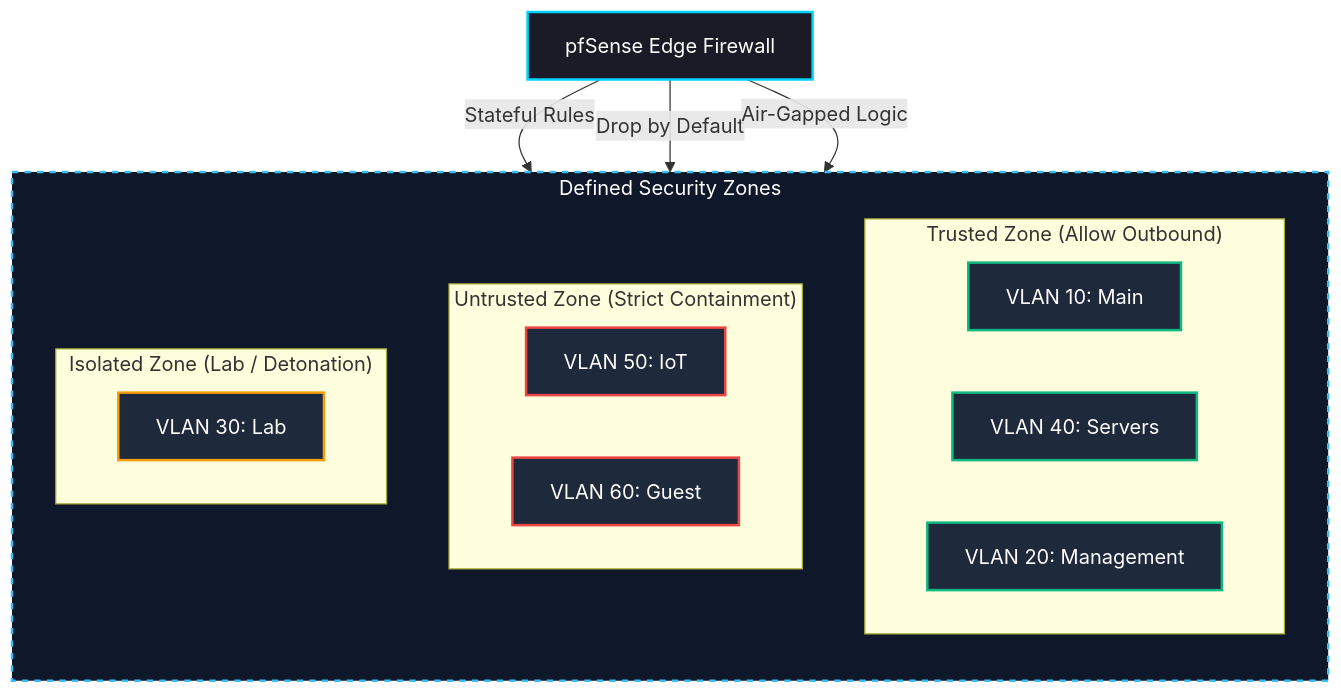
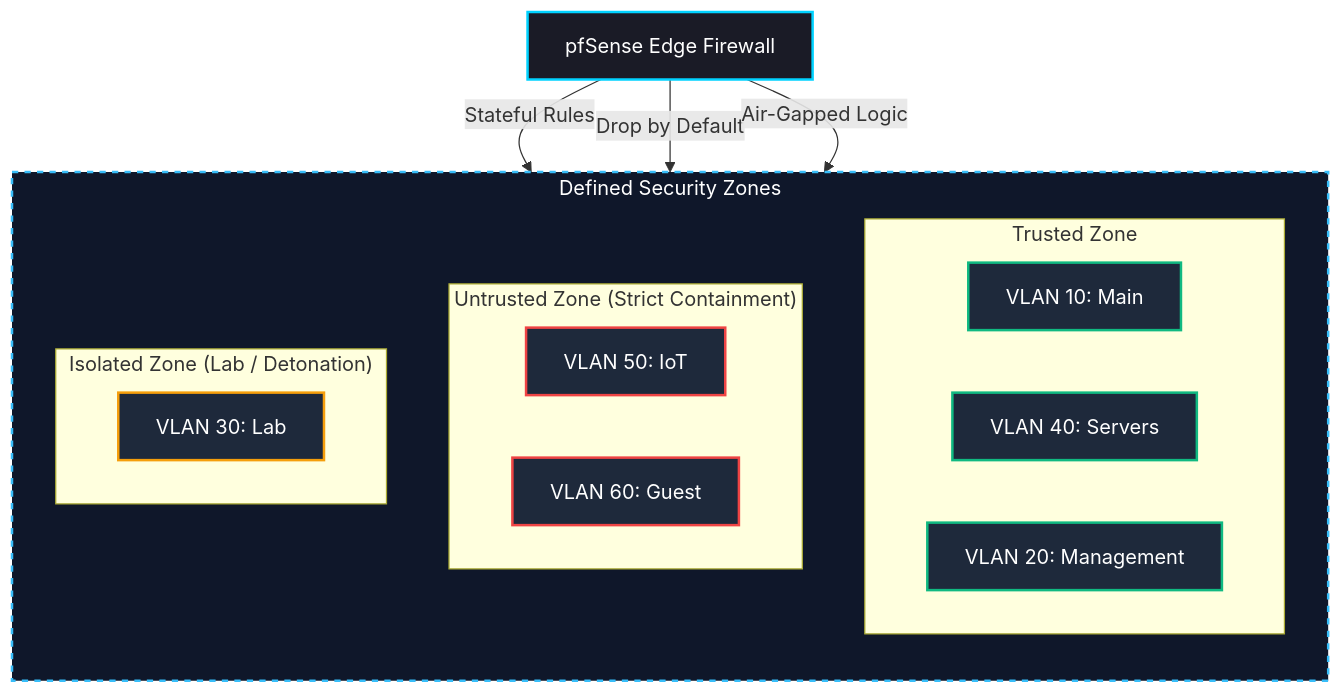
Before and after one commit to gurvinny/home-network-lab: the diagram in security/README.md, drawn with Mermaid.

Commit message:
Apply suggestion from @gurvinny

````diff
--- a/security/README.md
+++ b/security/README.md
@@ -22,38 +22,38 @@
 ```mermaid
 flowchart TB
     %% Cyber Sec Grey/Blue Theme Styling
     classDef firewall fill:#1a1b26,stroke:#00d2ff,stroke-width:2px,color:#ffffff;
     classDef zone fill:#0f172a,stroke:#38bdf8,stroke-width:2px,color:#ffffff,stroke-dasharray: 5 5;
     classDef trusted fill:#1e293b,stroke:#10b981,stroke-width:2px,color:#ffffff;
     classDef untrusted fill:#1e293b,stroke:#ef4444,stroke-width:2px,color:#ffffff;
     classDef isolated fill:#1e293b,stroke:#f59e0b,stroke-width:2px,color:#ffffff;
 
     FW["pfSense Edge Firewall"]:::firewall
 
     subgraph Security_Zones ["Defined Security Zones"]
         direction TB
 
-        subgraph Trusted_Zone ["Trusted Zone (Allow Outbound)"]
+        subgraph Trusted_Zone ["Trusted Zone"]
             direction LR
             VLAN10["VLAN 10: Main"]:::trusted
             VLAN40["VLAN 40: Servers"]:::trusted
             VLAN20["VLAN 20: Management"]:::trusted
         end
 
         subgraph Untrusted_Zone ["Untrusted Zone (Strict Containment)"]
             direction LR
             VLAN50["VLAN 50: IoT"]:::untrusted
             VLAN60["VLAN 60: Guest"]:::untrusted
         end
 
         subgraph Isolated_Zone ["Isolated Zone (Lab / Detonation)"]
             direction LR
             VLAN30["VLAN 30: Lab"]:::isolated
         end
     end
     class Security_Zones zone;
 
     FW -->|"Stateful Rules"| Trusted_Zone
     FW -->|"Drop by Default"| Untrusted_Zone
     FW -->|"Air-Gapped Logic"| Isolated_Zone
 ```
````
